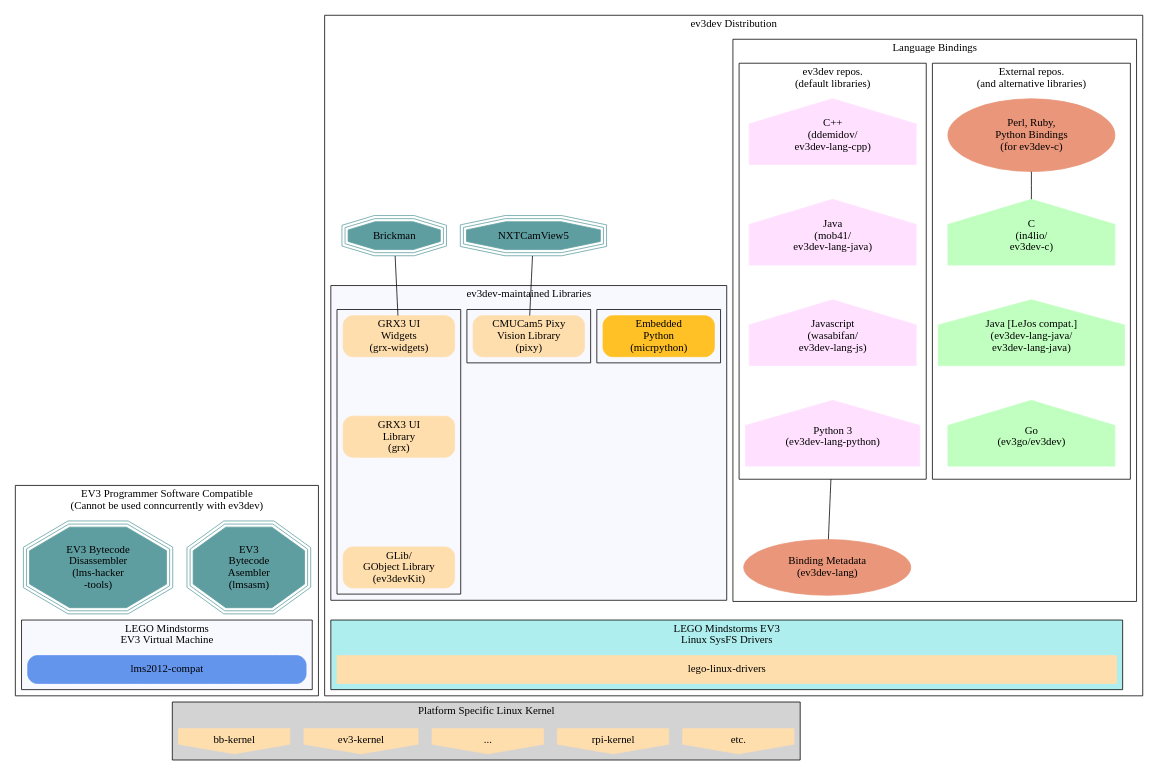
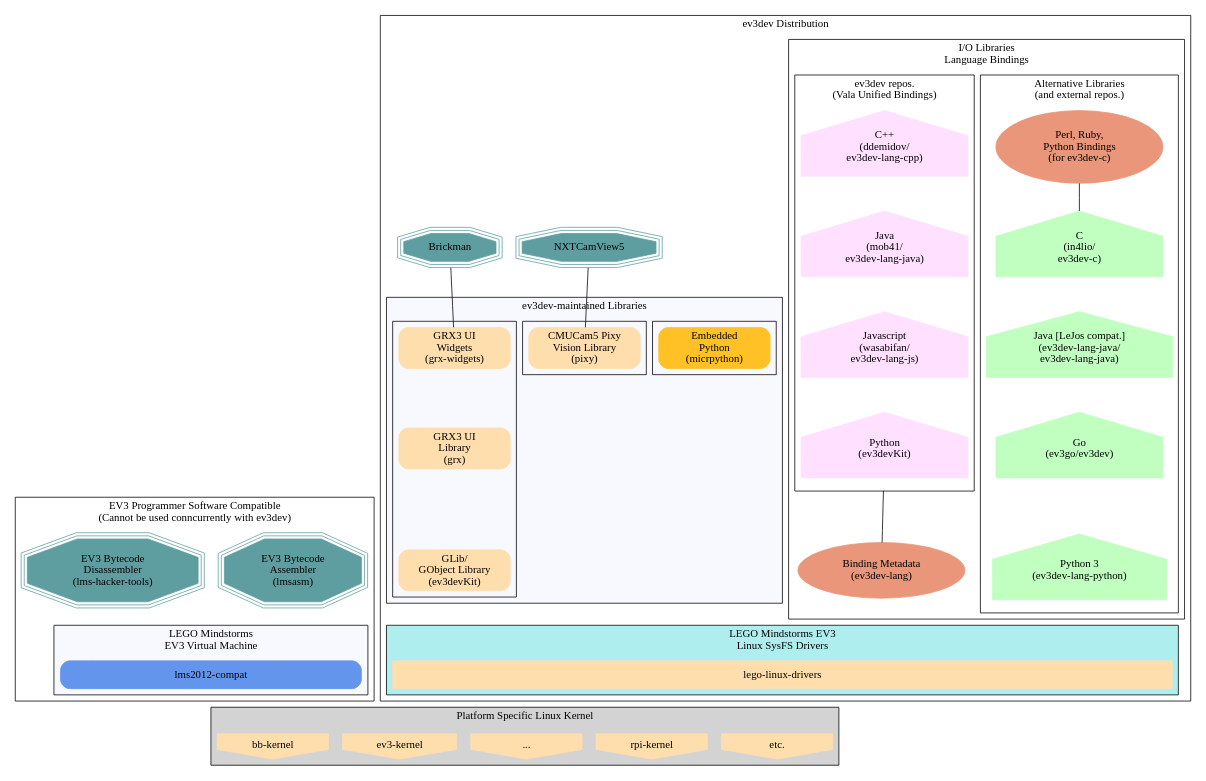
The diagram in images/ev3dev-related-repositories.dot (ev3dev/edu-docs), drawn with Graphviz before and after one commit. The commit also changed 3 other files, not shown here.

```diff
--- a/images/ev3dev-related-repositories.dot
+++ b/images/ev3dev-related-repositories.dot
@@ -1,116 +1,117 @@
 graph G {
 	compound=true;
 	arrowType=none;
 	node [shape=rect];
 	edge [penwidth=0,minlen=1];
 
 
 	subgraph cluster_10 {
 		label = "EV3 Programmer Software Compatible\n(Cannot be used conncurrently with ev3dev)"
-		node [shape=tripleoctagon,style="filled",color=cadetblue,width=2];
-		"EV3\nBytecode\nAsembler\n(lmsasm)"; "EV3 Bytecode\nDisassembler\n(lms-hacker\n-tools)";
+		node [shape=tripleoctagon,style="filled",color=cadetblue,width=2.4];
+		"EV3 Bytecode\nAssembler\n(lmsasm)"; "EV3 Bytecode\nDisassembler\n(lms-hacker-tools)";
 
 		subgraph cluster_9 {
 			style=filled;
 			fillcolor=ghostwhite;
 			label="LEGO Mindstorms\nEV3 Virtual Machine";
-			node [shape=rect,style="filled,rounded",color=cornflowerblue,width=5];
+			node [shape=rect,style="filled,rounded",color=cornflowerblue,width=5.4];
 			"lms2012-compat";
 		};
-		{"EV3\nBytecode\nAsembler\n(lmsasm)" "EV3 Bytecode\nDisassembler\n(lms-hacker\n-tools)"}--"lms2012-compat";
+		{"EV3 Bytecode\nAssembler\n(lmsasm)" "EV3 Bytecode\nDisassembler\n(lms-hacker-tools)"}--"lms2012-compat";
 	};
 	
 	subgraph cluster_100 {
 		label = "ev3dev Distribution"
 
 		rank = same; 
 		node [shape=tripleoctagon,style="filled",color=cadetblue,width=1];
 		"NXTCamView5" "Brickman";
 
 
 		subgraph cluster_8 {
 			style=filled;
 			fillcolor=ghostwhite;
 			label="ev3dev-maintained Libraries";
 
 			subgraph cluster_5 {
 				label="";
 				node [shape=rect,style="filled,rounded",color=navajowhite,width=2];
 				"GRX3 UI\nWidgets\n(grx-widgets)"--"GRX3 UI\nLibrary\n(grx)"
 				--"GLib/\nGObject Library\n(ev3devKit)";
 				edge [penwidth=1];
 			};
 			subgraph cluster_6 {
 				label="";
 				node [shape=rect,style="filled,rounded",color=navajowhite,width=2];
 				"CMUCam5 Pixy\nVision Library\n(pixy)";
 				edge [penwidth=1];
 			};
 
 			subgraph cluster_7 {
 				label="";
 				node [shape=rect,style="filled,rounded",color=goldenrod1,width=2];
 				"Embedded\nPython\n(micrpython)";
 				edge [penwidth=1];
 			};
 	
 		};
 
 		subgraph cluster_4 {
-			label="Language Bindings";
+			label="I/O Libraries\nLanguage Bindings";
 
 			subgraph cluster_3 {
-				label="External repos.\n(and alternative libraries)";
+				label="Alternative Libraries\n(and external repos.)";
 				node [shape=house,style=filled,color=darkseagreen1,width=3,height=1.3];
 				"C\n(in4lio/\nev3dev-c)"-- 
 				"Java [LeJos compat.]\n(ev3dev-lang-java/\nev3dev-lang-java)"--
-				"Go\n(ev3go/ev3dev)";
+				"Go\n(ev3go/ev3dev)"--
+				"Python 3\n(ev3dev-lang-python)";
 				node [shape=oval,style=filled,color=darksalmon,width=3,height=1.3];
 				edge [penwidth=1];
 				"Perl, Ruby,\nPython Bindings\n(for ev3dev-c)"--"C\n(in4lio/\nev3dev-c)";
 			}
 			subgraph cluster_2 {
-				label="ev3dev repos.\n(default libraries)";
+				label="ev3dev repos.\n(Vala Unified Bindings)";
 				node [shape=house,style=filled,color=thistle1,width=3,height=1.3];
 				"C++\n(ddemidov/\nev3dev-lang-cpp)"--"Java\n(mob41/\nev3dev-lang-java)"--
-				"Javascript\n(wasabifan/\nev3dev-lang-js)"--"Python 3\n(ev3dev-lang-python)";
+				"Javascript\n(wasabifan/\nev3dev-lang-js)"--"Python\n(ev3devKit)";
 			};
 				node [shape=oval,style=filled,color=darksalmon,width=3,height=1];
 				"Binding Metadata\n(ev3dev-lang)";
 		};
 
 		subgraph cluster_1 {
 			label = "LEGO Mindstorms EV3\nLinux SysFS Drivers";
 			style=filled;
 			fillcolor=paleturquoise;
 			node [shape=rect,style=filled,color=navajowhite,width=14];
 			"lego-linux-drivers"
 
 		};
 
 	};
 	subgraph cluster_0 {
 		label = "Platform Specific Linux Kernel";
 		style=filled;
 		fillcolor=lightgrey;
 		node [style=filled,color=navajowhite, shape=invhouse,width=2];
 		rank = same; "etc."; "rpi-kernel"; "..."; "ev3-kernel"; "bb-kernel"; 
 	};
 
 	edge [penwidth=1];
 	"Brickman"--"GRX3 UI\nWidgets\n(grx-widgets)";
 	"NXTCamView5"--"CMUCam5 Pixy\nVision Library\n(pixy)";
-	"Python 3\n(ev3dev-lang-python)"--"Binding Metadata\n(ev3dev-lang)" [ltail=cluster_2];
+	"Python\n(ev3devKit)"--"Binding Metadata\n(ev3dev-lang)" [ltail=cluster_2];
 
 	edge [penwidth=0];
 	
 	"lego-linux-drivers"--"..." [ltail=cluster_1,lhead=cluster_0];
 
 	"GLib/\nGObject Library\n(ev3devKit)"--"lego-linux-drivers" [ltail=cluster_3,lhead=cluster_1];
 	"Binding Metadata\n(ev3dev-lang)"--"lego-linux-drivers" [ltail=cluster_2,lhead=cluster_1];
 	"GLib/\nGObject Library\n(ev3devKit)"--"lego-linux-drivers" [ltail=cluster_5,lhead=cluster_1];
 	"CMUCam5 Pixy\nVision Library\n(pixy)"--"lego-linux-drivers" [ltail=cluster_6,lhead=cluster_1];
 	"Embedded\nPython\n(micrpython)"--"lego-linux-drivers" [ltail=cluster_7,lhead=cluster_1];
 
 	"lms2012-compat"--"..." [ltail=cluster_10,lhead=cluster_0];
 }
```
